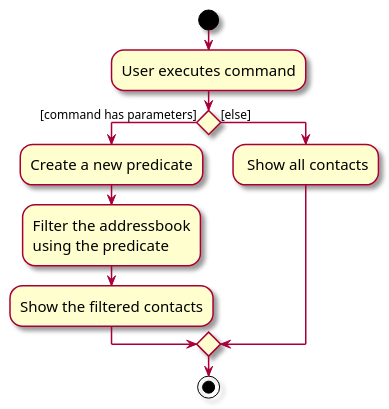
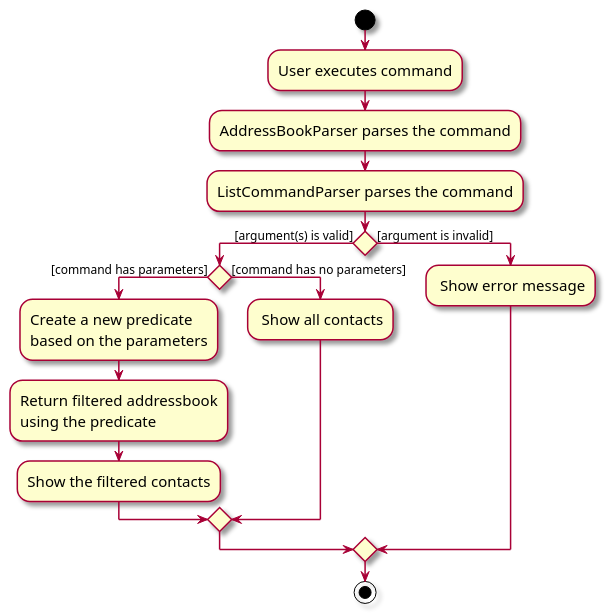
Before and after one commit to swtan346/tp: the diagram in docs/diagrams/ListCommandActivityDiagram.puml, drawn with PlantUML. The commit also changed 2 other files, not shown here.

Commit message:
Update list command and its activity diagram  in dg

```diff
--- a/docs/diagrams/ListCommandActivityDiagram.puml
+++ b/docs/diagrams/ListCommandActivityDiagram.puml
@@ -1,21 +1,28 @@
 @startuml
 skin rose
 skinparam ActivityFontSize 15
 skinparam ArrowFontSize 12
 
 start
 :User executes command;
+:AddressBookParser parses the command;
+:ListCommandParser parses the command;
 
 'Since the beta syntax does not support placing the condition outside the
 'diamond we place it as the true branch instead.
 
-if () then ([command has parameters])
-    :Create a new predicate;
-    :Filter the addressbook
-    using the predicate;
-    :Show the filtered contacts;
-else ([else])
-    : Show all contacts;
+if () then ([argument(s) is valid])
+    if () then ([command has parameters])
+        :Create a new predicate
+        based on the parameters;
+        :Return filtered addressbook
+        using the predicate;
+        :Show the filtered contacts;
+    else ([command has no parameters])
+        : Show all contacts;
+    endif
+else ([argument is invalid])
+    : Show error message;
 endif
 stop
 @enduml
```
